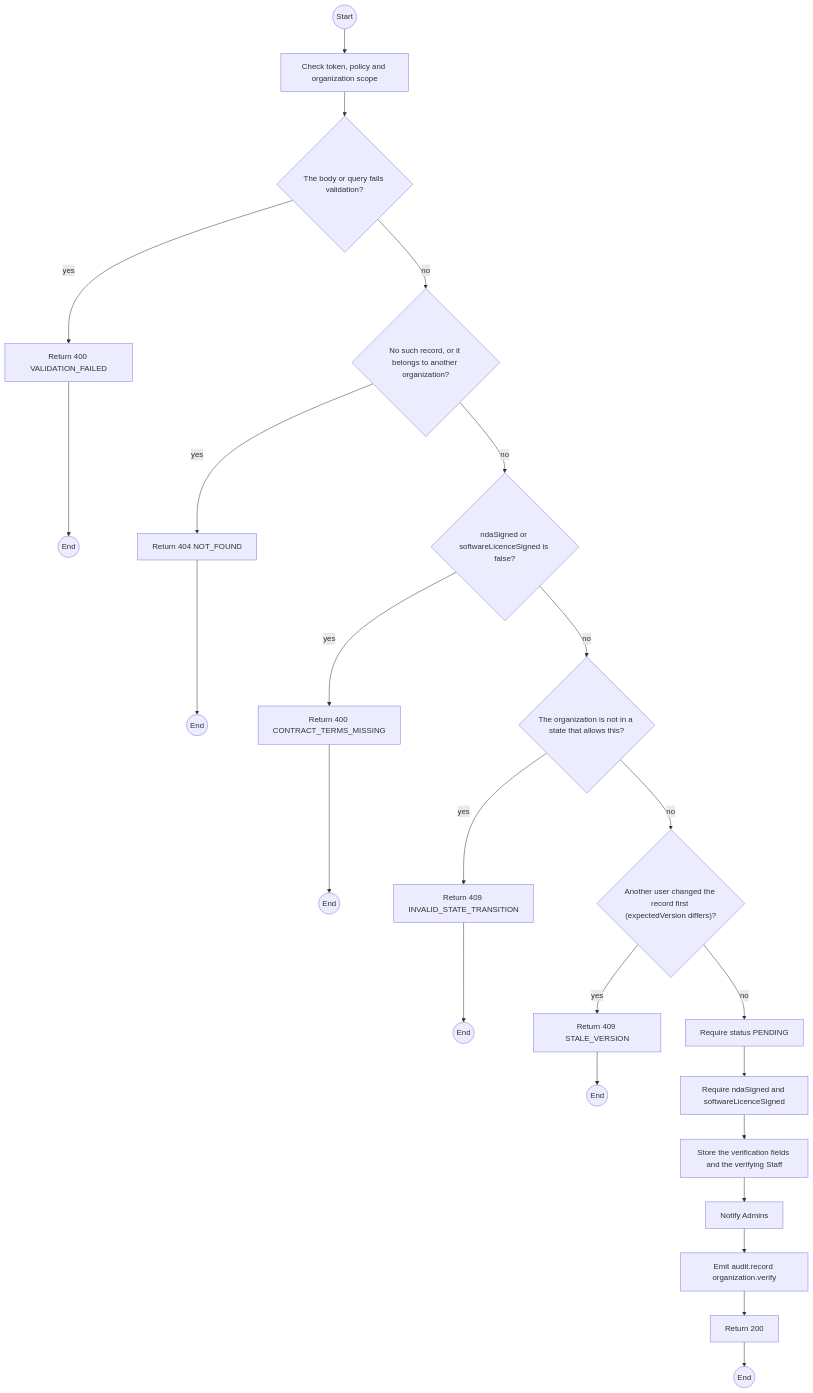
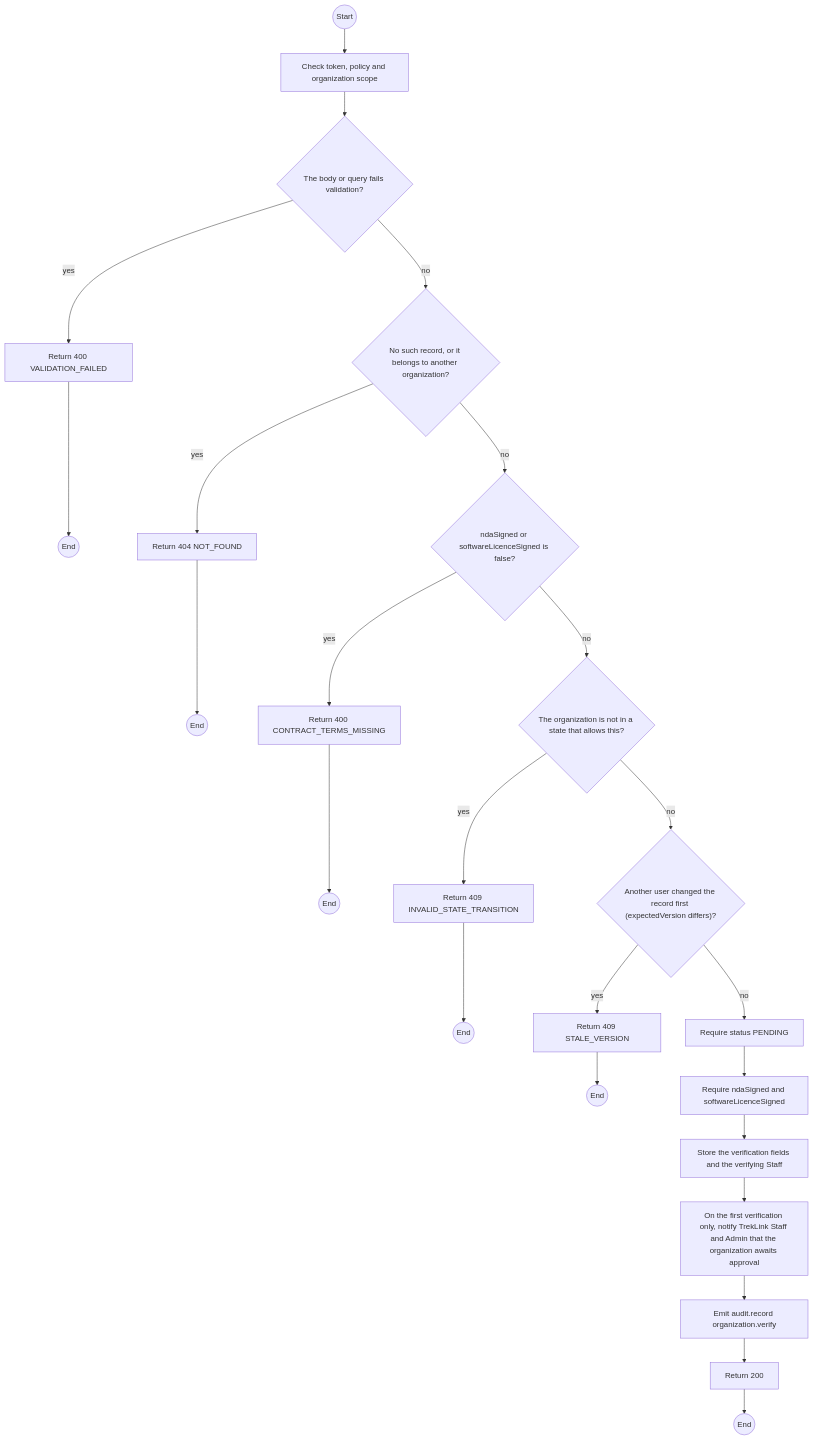
One commit to TrekLink-Team/treklink-web changed the first of 2 diagrams in specs/organizations/api-design/05-post-organizations-id-verification.md. Above: the diagram before and after it, drawn with Mermaid. The commit also changed 3 other files, not shown here.

````diff
--- a/specs/organizations/api-design/05-post-organizations-id-verification.md
+++ b/specs/organizations/api-design/05-post-organizations-id-verification.md
@@ -208,44 +208,44 @@
 ```mermaid
 flowchart TB
     S((Start))
     A0["Check token, policy and organization scope"]
     S --> A0
     D1{"The body or query fails validation?"}
     A0 --> D1
     E1["Return 400 VALIDATION_FAILED"]
     D1 -->|yes| E1
     E1 --> X1((End))
     D2{"No such record, or it belongs to another organization?"}
     D1 -->|no| D2
     E2["Return 404 NOT_FOUND"]
     D2 -->|yes| E2
     E2 --> X2((End))
     D3{"ndaSigned or softwareLicenceSigned is false?"}
     D2 -->|no| D3
     E3["Return 400 CONTRACT_TERMS_MISSING"]
     D3 -->|yes| E3
     E3 --> X3((End))
     D4{"The organization is not in a state that allows this?"}
     D3 -->|no| D4
     E4["Return 409 INVALID_STATE_TRANSITION"]
     D4 -->|yes| E4
     E4 --> X4((End))
     D5{"Another user changed the record first (expectedVersion differs)?"}
     D4 -->|no| D5
     E5["Return 409 STALE_VERSION"]
     D5 -->|yes| E5
     E5 --> X5((End))
     P0["Require status PENDING"]
     D5 -->|no| P0
     P1["Require ndaSigned and softwareLicenceSigned"]
     P0 --> P1
     P2["Store the verification fields and the verifying Staff"]
     P1 --> P2
-    P3["Notify Admins"]
+    P3["On the first verification only, notify TrekLink Staff and Admin that the organization awaits approval"]
     P2 --> P3
     P4["Emit audit.record organization.verify"]
     P3 --> P4
     OK["Return 200"]
     P4 --> OK
     OK --> Z((End))
 ```
````
